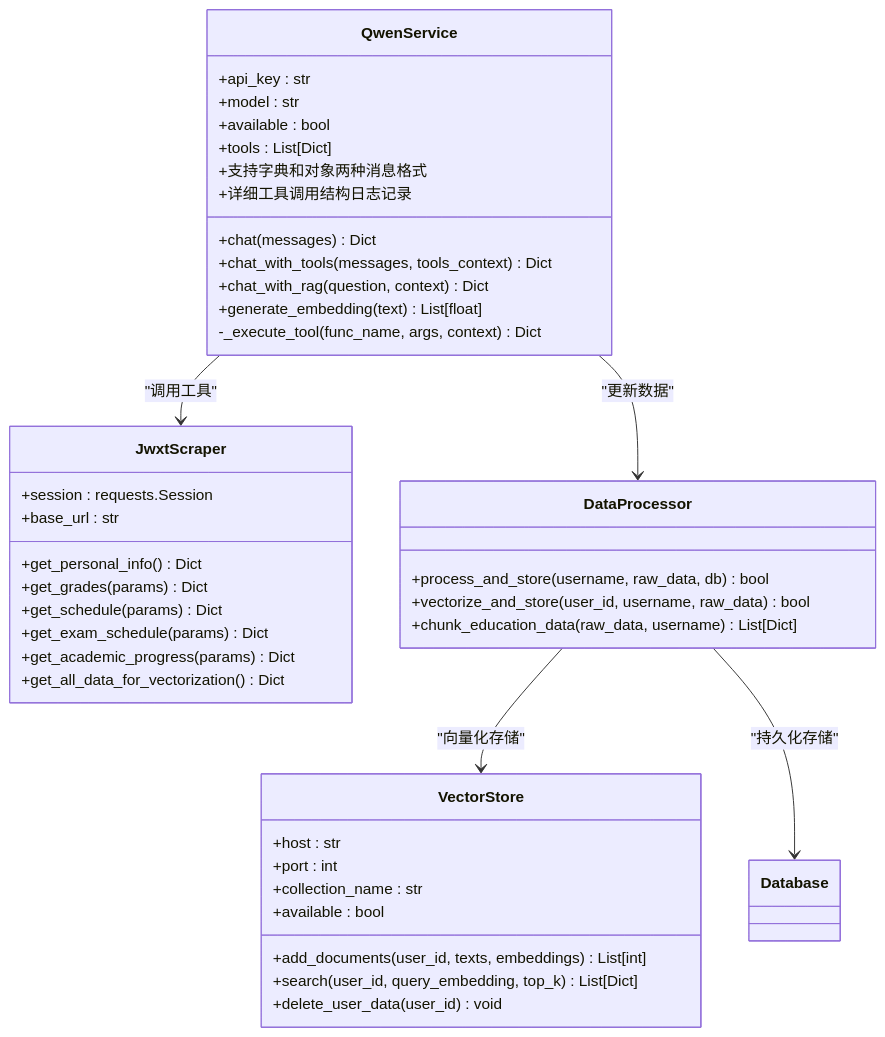
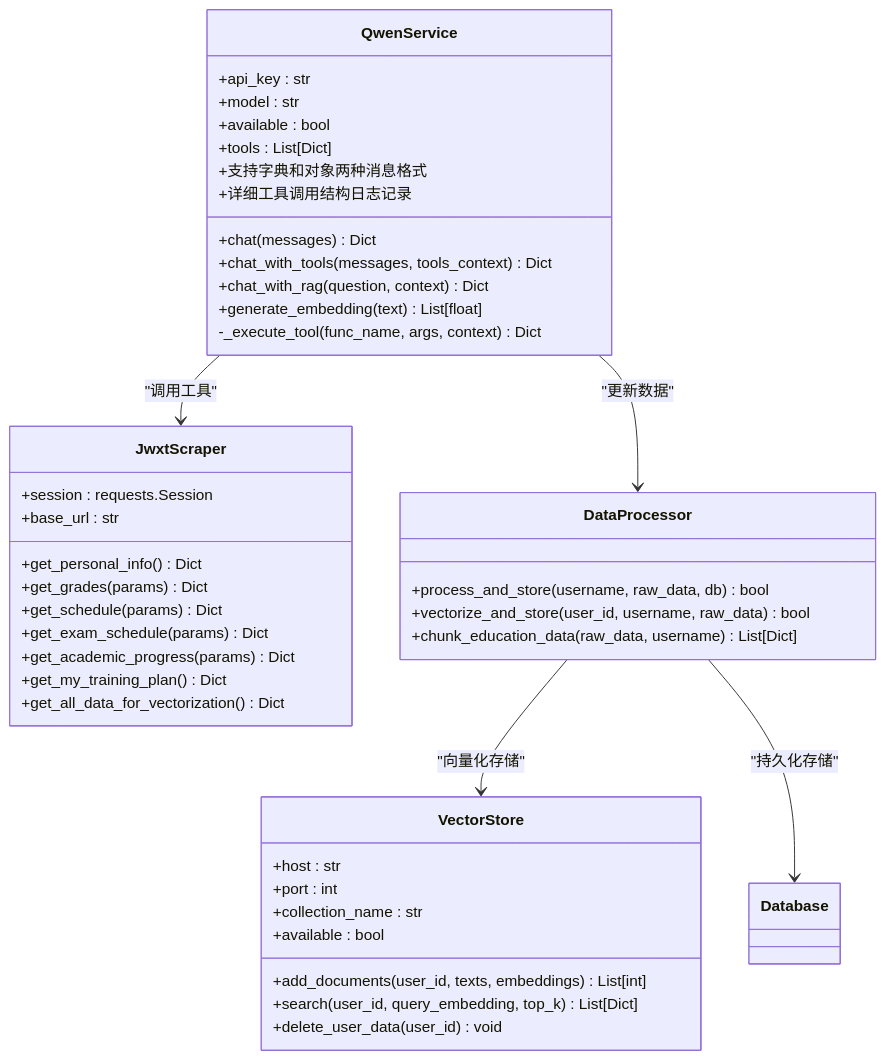
The second of 11 diagrams in .qoder/repowiki/zh/content/AI智能问答系统/AI工具调用功能.md (ghbbn053-ship-itsoulddog/soulddog), drawn with Mermaid before and after one commit. The commit also changed other lines of this file and 8 other files, not shown here.

````diff
--- a/.qoder/repowiki/zh/content/AI智能问答系统/AI工具调用功能.md
+++ b/.qoder/repowiki/zh/content/AI智能问答系统/AI工具调用功能.md
@@ -103,44 +105,45 @@
 ```mermaid
 classDiagram
 class QwenService {
 +api_key : str
 +model : str
 +available : bool
 +tools : List[Dict]
 +chat(messages) Dict
 +chat_with_tools(messages, tools_context) Dict
 +chat_with_rag(question, context) Dict
 +generate_embedding(text) List[float]
 -_execute_tool(func_name, args, context) Dict
 +支持字典和对象两种消息格式
 +详细工具调用结构日志记录
 }
 class JwxtScraper {
 +session : requests.Session
 +base_url : str
 +get_personal_info() Dict
 +get_grades(params) Dict
 +get_schedule(params) Dict
 +get_exam_schedule(params) Dict
 +get_academic_progress(params) Dict
++get_my_training_plan() Dict
 +get_all_data_for_vectorization() Dict
 }
 class DataProcessor {
 +process_and_store(username, raw_data, db) bool
 +vectorize_and_store(user_id, username, raw_data) bool
 +chunk_education_data(raw_data, username) List[Dict]
 }
 class VectorStore {
 +host : str
 +port : int
 +collection_name : str
 +available : bool
 +add_documents(user_id, texts, embeddings) List[int]
 +search(user_id, query_embedding, top_k) List[Dict]
 +delete_user_data(user_id) void
 }
 QwenService --> JwxtScraper : "调用工具"
 QwenService --> DataProcessor : "更新数据"
 DataProcessor --> VectorStore : "向量化存储"
 DataProcessor --> Database : "持久化存储"
 ```
````
